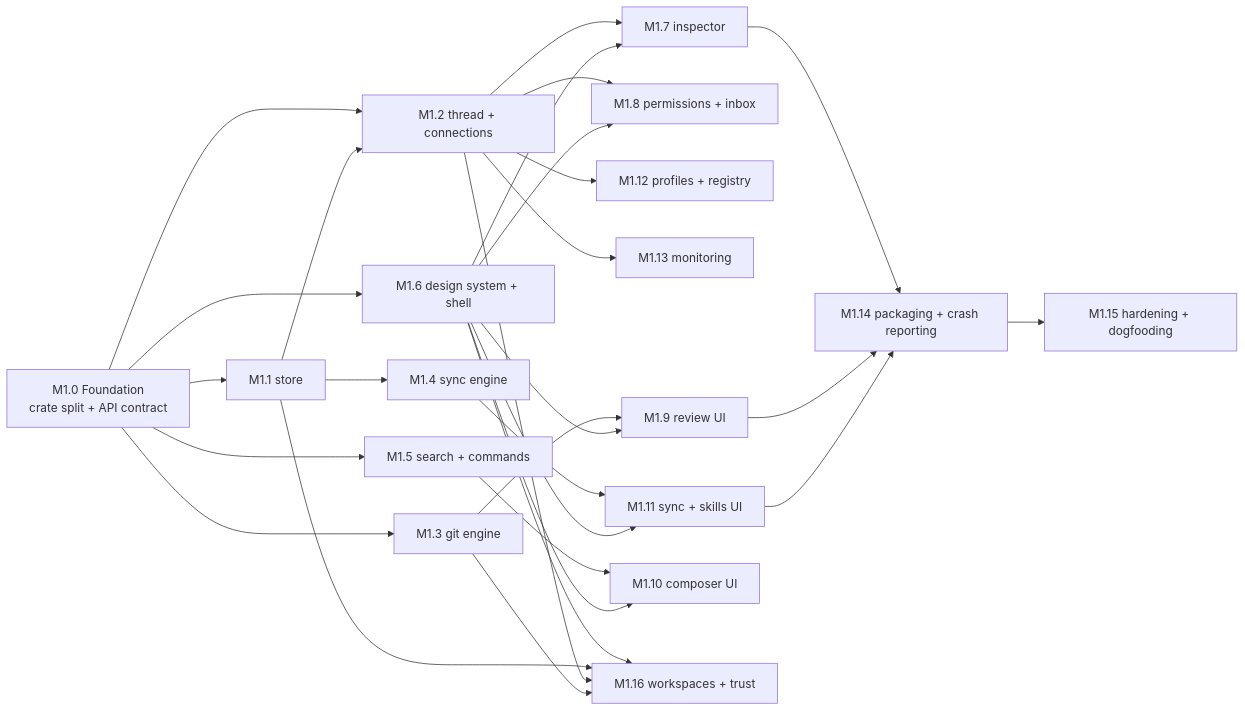
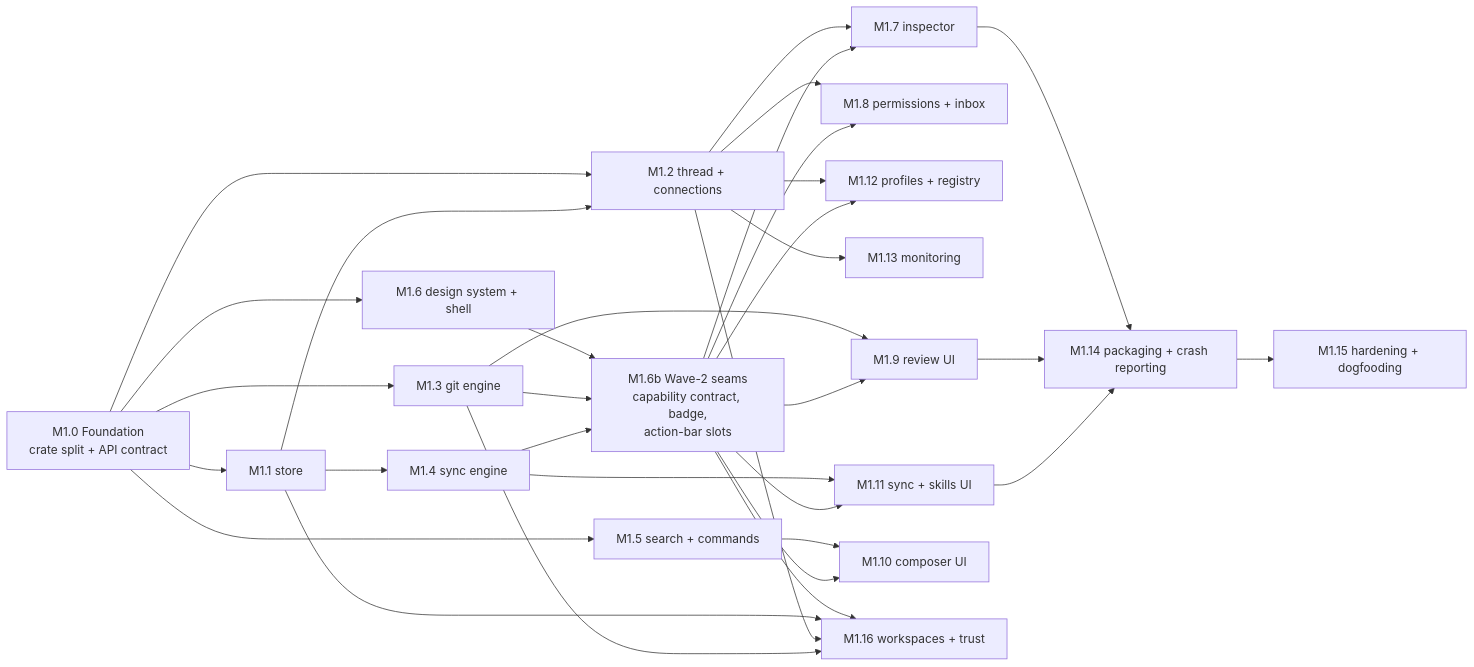
Before and after one commit to Noentic/tethys: the first of 2 diagrams in docs/milestone.md, drawn with Mermaid. The commit also changed other lines of this file and 32 other files, not shown here.

````diff
--- a/docs/milestone.md
+++ b/docs/milestone.md
@@ -104,31 +106,35 @@
 ```mermaid
 flowchart LR
     M0["M1.0 Foundation<br/>crate split + API contract"]
     M0 --> M1["M1.1 store"]
     M0 --> M2["M1.2 thread + connections"]
     M0 --> M3["M1.3 git engine"]
     M1 --> M4["M1.4 sync engine"]
     M0 --> M5["M1.5 search + commands"]
     M0 --> M6["M1.6 design system + shell"]
+    M6 --> M6b["M1.6b Wave-2 seams<br/>capability contract, badge,<br/>action-bar slots"]
+    M3 --> M6b
+    M4 --> M6b
     M1 --> M2
     M2 --> M7["M1.7 inspector"]
     M2 --> M8["M1.8 permissions + inbox"]
     M2 --> M12["M1.12 profiles + registry"]
     M2 --> M13["M1.13 monitoring"]
     M3 --> M9["M1.9 review UI"]
     M4 --> M11["M1.11 sync + skills UI"]
     M5 --> M10["M1.10 composer UI"]
-    M6 --> M7
-    M6 --> M8
-    M6 --> M9
-    M6 --> M10
-    M6 --> M11
-    M6 --> M16["M1.16 workspaces + trust"]
+    M6b --> M7
+    M6b --> M8
+    M6b --> M9
+    M6b --> M10
+    M6b --> M11
+    M6b --> M12
+    M6b --> M16["M1.16 workspaces + trust"]
     M1 --> M16
     M2 --> M16
     M3 --> M16
     M7 --> M14["M1.14 packaging + crash reporting"]
     M9 --> M14
     M11 --> M14
     M14 --> M15["M1.15 hardening + dogfooding"]
 ```
````
